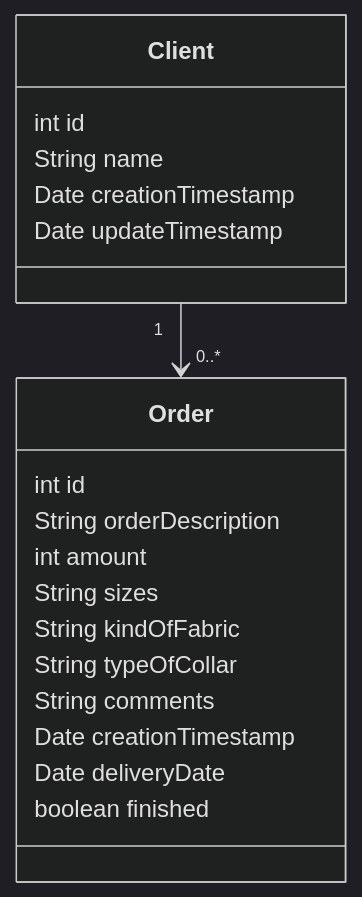
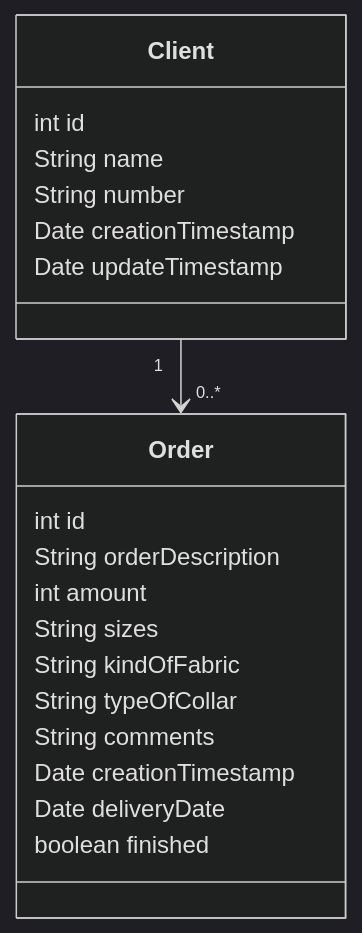
The diagram in README.md (Matheussmaced/cadastro-de-pedidos), drawn with Mermaid (dark theme) before and after one commit.

Commit message:
feat: README update

````diff
--- a/README.md
+++ b/README.md
@@ -5,24 +5,25 @@
 ```mermaid
 classDiagram
     class Client {
         int id
         String name
+        String number
         Date creationTimestamp
         Date updateTimestamp
     }
 
     class Order {
         int id
         String orderDescription
         int amount
         String sizes
         String kindOfFabric
         String typeOfCollar
         String comments
         Date creationTimestamp
         Date deliveryDate
         boolean finished
     }
 
     Client "1" --> "0..*" Order
 ```
````
